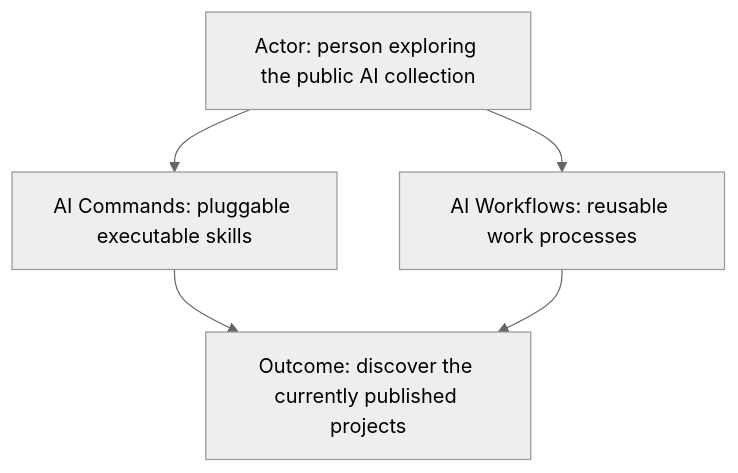
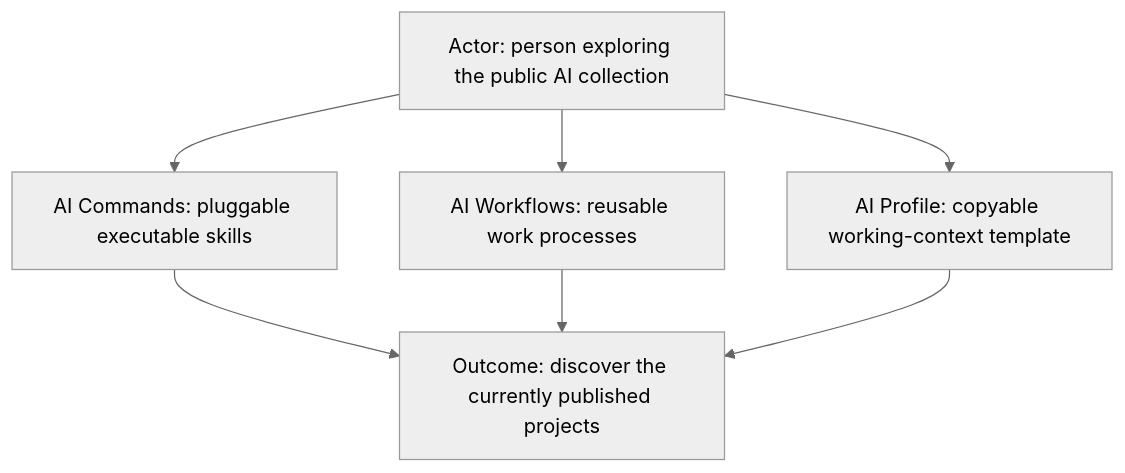
The first of 3 diagrams in README.md (starodubtsevconsulting/ai), drawn with Mermaid (neutral theme) before and after one commit. The commit also changed other lines of this file, not shown here.

Commit message:
Add AI Profile to public collection

````diff
--- a/README.md
+++ b/README.md
@@ -9,8 +9,10 @@
 ```mermaid
 flowchart TD
   Actor["Actor: person exploring the public AI collection"]
   Actor --> Commands["AI Commands: pluggable executable skills"]
   Actor --> Workflows["AI Workflows: reusable work processes"]
+  Actor --> Profile["AI Profile: copyable working-context template"]
   Commands --> Outcome["Outcome: discover the currently published projects"]
   Workflows --> Outcome
+  Profile --> Outcome
 ```
````
